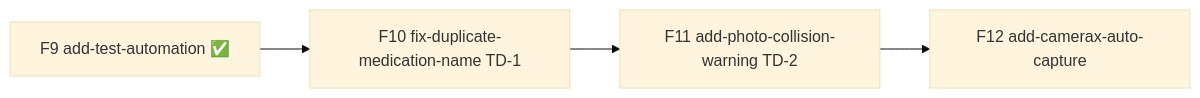
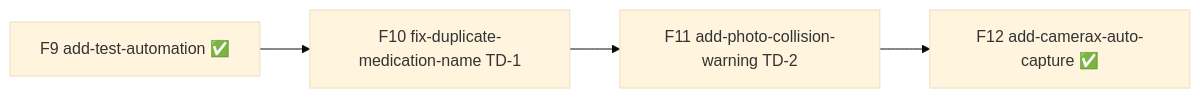
Before and after one commit to mportela/meus-remedios: the third of 3 diagrams in docs/openspec-plan.md, drawn with Mermaid (base theme). The commit also changed other lines of this file and 19 other files, not shown here.

First line of the commit message:
feat(F12): implement CameraX auto-capture with TFLite confidence trigger

````diff
--- a/docs/openspec-plan.md
+++ b/docs/openspec-plan.md
@@ -274,6 +274,6 @@
 ```mermaid
 flowchart LR
   F9[F9 add-test-automation ✅] --> F10[F10 fix-duplicate-medication-name TD-1]
   F10 --> F11[F11 add-photo-collision-warning TD-2]
-  F11 --> F12[F12 add-camerax-auto-capture]
+  F11 --> F12[F12 add-camerax-auto-capture ✅]
 ```
````
